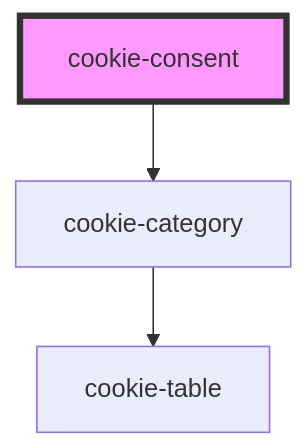
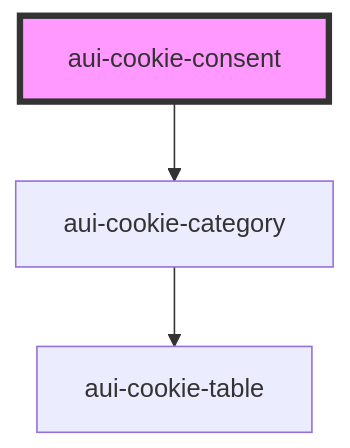
Before and after one commit to digipolisantwerp/antwerp-ui_web-components: the diagram in src/components/cookie-consent/readme.md, drawn with Mermaid. The commit also changed other lines of this file and 7 other files, not shown here.

````diff
--- a/src/components/cookie-consent/readme.md
+++ b/src/components/cookie-consent/readme.md
@@ -115,6 +115,6 @@
 ```mermaid
 graph TD;
-  cookie-consent --> cookie-category
-  cookie-category --> cookie-table
-  style cookie-consent fill:#f9f,stroke:#333,stroke-width:4px
+  aui-cookie-consent --> aui-cookie-category
+  aui-cookie-category --> aui-cookie-table
+  style aui-cookie-consent fill:#f9f,stroke:#333,stroke-width:4px
 ```
````
